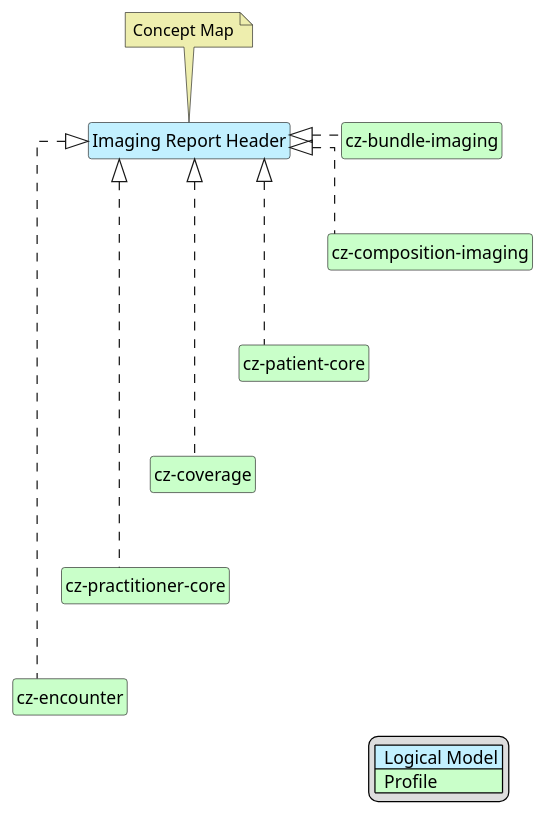
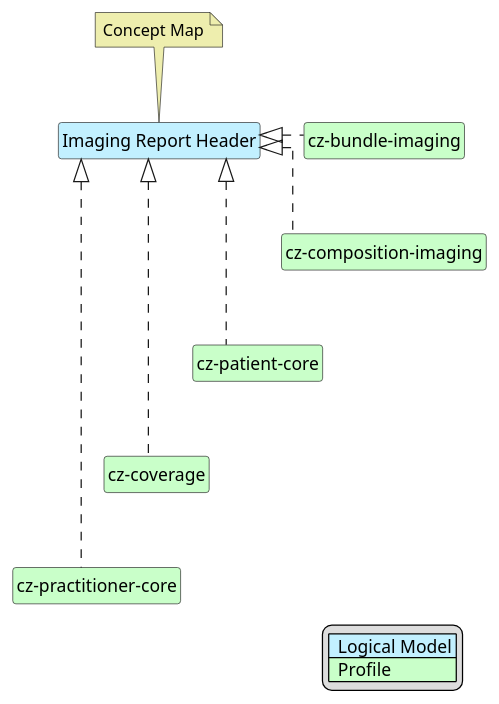
The diagram in input/images-source/imgReportHead-map.plantuml (HL7-cz/img), drawn with PlantUML before and after one commit. The commit also changed 11 other files, not shown here.

Commit message:
Delete encounter from graphs,link to eu-r4-imaging and fix QA errors

```diff
--- a/input/images-source/imgReportHead-map.plantuml
+++ b/input/images-source/imgReportHead-map.plantuml
@@ -1,39 +1,36 @@
 @startuml
 hide circle
 hide stereotype
 hide members
 hide methods
 skinparam linetype ortho
 skinparam class {
 BackgroundColor<<LogicalModel>> #APPLICATION
 BackgroundColor<<Profile>> #TECHNOLOGY
 }
 legend right
 | <#APPLICATION>  Logical Model |
 | <#TECHNOLOGY>  Profile |
 endlegend
 class "Imaging Report Header" <<LogicalModel>> [[StructureDefinition-HeaderImagingReportCz.html]]
 note top #EEEEAE [[ConceptMap-HeaderImagingReport2FHIR-cz.html]]
 Concept Map
 endnote
 
-class "cz-encounter" <<Profile>> [[https://build.fhir.org/ig/HL7-cz/cz-core/StructureDefinition-cz-encounter.html]]
 class "cz-coverage" <<Profile>> [[https://build.fhir.org/ig/HL7-cz/cz-core/StructureDefinition-cz-coverage.html]]
 class "cz-patient-core" <<Profile>> [[https://build.fhir.org/ig/HL7-cz/cz-core/StructureDefinition-cz-patient-core.html]]
 class "cz-practitioner-core" <<Profile>> [[https://build.fhir.org/ig/HL7-cz/cz-core/StructureDefinition-cz-practitioner-core.html]]
 class "cz-bundle-imaging" <<Profile>> [[StructureDefinition-cz-bundle-imaging.html]]
 class "cz-composition-imaging" <<Profile>> [[StructureDefinition-cz-composition-imaging.html]]
 
 "Imaging Report Header" <|. "cz-composition-imaging"
 "Imaging Report Header" <|. "cz-bundle-imaging"
 "Imaging Report Header" <|. "cz-patient-core"
 "Imaging Report Header" <|. "cz-coverage"
 "Imaging Report Header" <|. "cz-practitioner-core"
-"Imaging Report Header" <|. "cz-encounter"
 
 "cz-bundle-imaging" -d[hidden]-> "cz-composition-imaging"
 "cz-composition-imaging" -d[hidden]-> "cz-patient-core"
 "cz-patient-core" -d[hidden]-> "cz-coverage"
 "cz-coverage" -d[hidden]-> "cz-practitioner-core"
-"cz-practitioner-core" -d[hidden]-> "cz-encounter"
 @enduml
```
